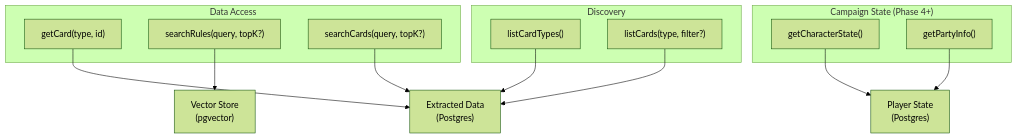
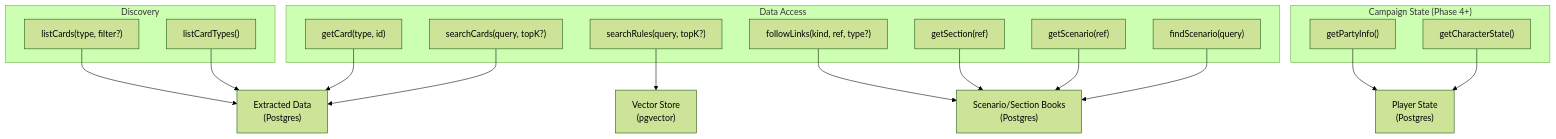
Before and after one commit to maz-org/squire: the second of 2 diagrams in docs/ARCHITECTURE.md, drawn with Mermaid (forest theme). The commit also changed other lines of this file and 40 other files, not shown here.

First line of the commit message:
Make scenario and section books first-class in retrieval (#256)

````diff
--- a/docs/ARCHITECTURE.md
+++ b/docs/ARCHITECTURE.md
@@ -395,24 +422,32 @@
 ```mermaid
 graph TB
     subgraph discovery["Discovery"]
         lct["listCardTypes()"]
         lc["listCards(type, filter?)"]
     end
     subgraph access["Data Access"]
         gc["getCard(type, id)"]
         sr["searchRules(query, topK?)"]
         sc["searchCards(query, topK?)"]
+        fs["findScenario(query)"]
+        gs["getScenario(ref)"]
+        gsec["getSection(ref)"]
+        fl["followLinks(kind, ref, type?)"]
     end
     subgraph campaign["Campaign State (Phase 4+)"]
         gcmp["getCharacterState()"]
         gpi["getPartyInfo()"]
     end
 
     sr --> vs["Vector Store<br/>(pgvector)"]
     sc --> ed["Extracted Data<br/>(Postgres)"]
     gc --> ed
     lct --> ed
     lc --> ed
+    fs --> ssd["Scenario/Section Books<br/>(Postgres)"]
+    gs --> ssd
+    gsec --> ssd
+    fl --> ssd
     gcmp --> ps["Player State<br/>(Postgres)"]
     gpi --> ps
 ```
````
